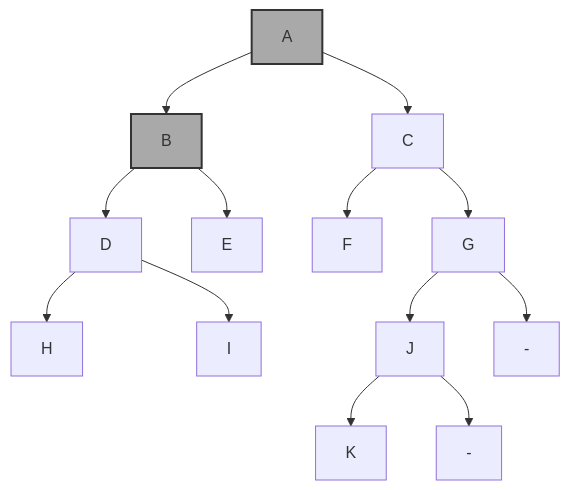
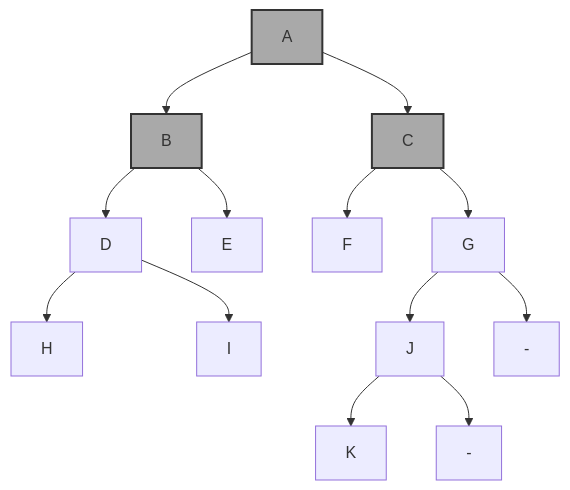
Before and after one commit to remykarem/remykarem.github.io: the third of 19 diagrams in books-src/data-structures-and-algorithms-book/src/algorithms/search/depth-first/post-order.md, drawn with Mermaid. The commit also changed other lines of this file and 7 other files, not shown here.

````diff
--- a/books-src/data-structures-and-algorithms-book/src/algorithms/search/depth-first/post-order.md
+++ b/books-src/data-structures-and-algorithms-book/src/algorithms/search/depth-first/post-order.md
@@ -40,19 +40,20 @@
 ```mermaid
 graph TD
     X1["-"]
     X2["-"]
     A --> B
     A --> C
     B --> D
     B --> E
     C --> F
     C --> G
     D --> H
     D --> I
     G --> J
     G --> X1
     J --> K
     J --> X2
     style A fill:#a9a9a9,stroke:#333,stroke-width:2px
     style B fill:#a9a9a9,stroke:#333,stroke-width:2px
+    style C fill:#a9a9a9,stroke:#333,stroke-width:2px
 ```
````
